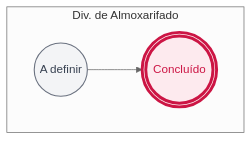
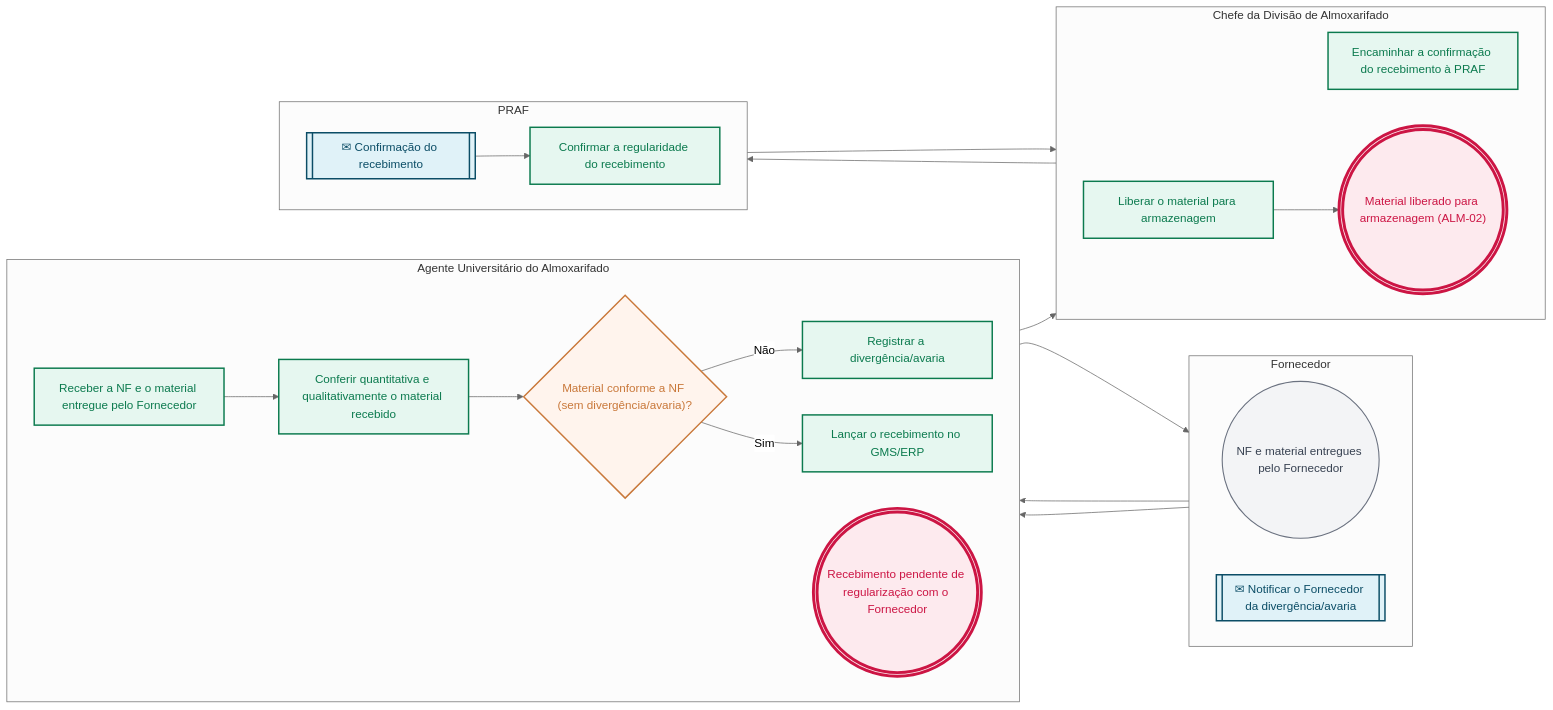
The second of 2 diagrams in pops/ALM/ALM-01.md (jessefers/canvas-vivo-atdg), drawn with Mermaid (neutral theme) before and after one commit. The commit also changed other lines of this file and 3 other files, not shown here.

````diff
--- a/pops/ALM/ALM-01.md
+++ b/pops/ALM/ALM-01.md
@@ -113,17 +149,51 @@
 ```mermaid
 flowchart LR
-  subgraph R1["Div. de Almoxarifado"]
+  subgraph R1["Fornecedor"]
     direction LR
-    e1(("A definir"))
-    e2((("Concluído")))
+    e1(("NF e material entregues pelo Fornecedor"))
+    e6[["✉ Notificar o Fornecedor da divergência/avaria"]]
+  end
+  subgraph R2["Agente Universitário do Almoxarifado"]
+    direction LR
+    e2["Receber a NF e o material entregue pelo Fornecedor"]
+    e3["Conferir quantitativa e qualitativamente o material recebido"]
+    e4{"Material conforme a NF (sem divergência/avaria)?"}
+    e5["Registrar a divergência/avaria"]
+    e7((("Recebimento pendente de regularização com o Fornecedor")))
+    e8["Lançar o recebimento no GMS/ERP"]
+  end
+  subgraph R3["Chefe da Divisão de Almoxarifado"]
+    direction LR
+    e9["Encaminhar a confirmação do recebimento à PRAF"]
+    e12["Liberar o material para armazenagem"]
+    e13((("Material liberado para armazenagem (ALM-02)")))
+  end
+  subgraph R4["PRAF"]
+    direction LR
+    e10[["✉ Confirmação do recebimento"]]
+    e11["Confirmar a regularidade do recebimento"]
   end
   e1 --> e2
+  e2 --> e3
+  e3 --> e4
+  e4 -- Não --> e5
+  e5 --> e6
+  e6 --> e7
+  e4 -- Sim --> e8
+  e8 --> e9
+  e9 --> e10
+  e10 --> e11
+  e11 --> e12
+  e12 --> e13
   classDef inicio fill:#f3f4f6,stroke:#6b7280,stroke-width:1.5px,color:#374151
   classDef atividade fill:#E6F7F0,stroke:#0B7A4E,stroke-width:2px,color:#0B7A4E
   classDef decisao fill:#FFF4ED,stroke:#C9783A,stroke-width:2px,color:#C9783A
   classDef fim fill:#FDEAEE,stroke:#CC1544,stroke-width:4px,color:#CC1544
   classDef pausa fill:#FDEAEE,stroke:#CC1544,stroke-width:2px,color:#CC1544
   classDef captura fill:#E0F2F8,stroke:#0B4D66,stroke-width:2px,color:#0B4D66
   class e1 inicio
-  class e2 fim
+  class e2,e3,e5,e8,e9,e11,e12 atividade
+  class e4 decisao
+  class e6,e10 captura
+  class e7,e13 fim
 ```
````
